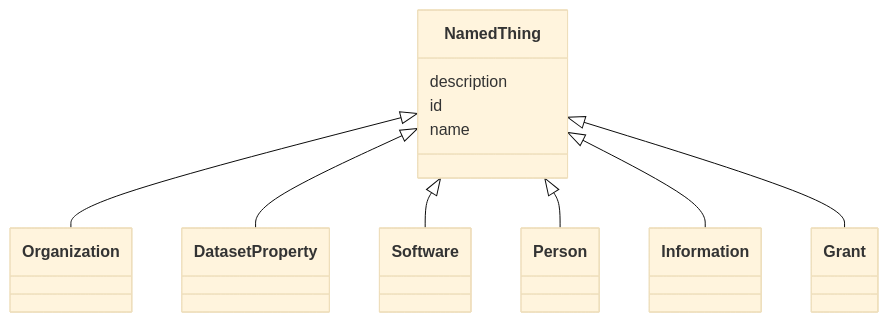
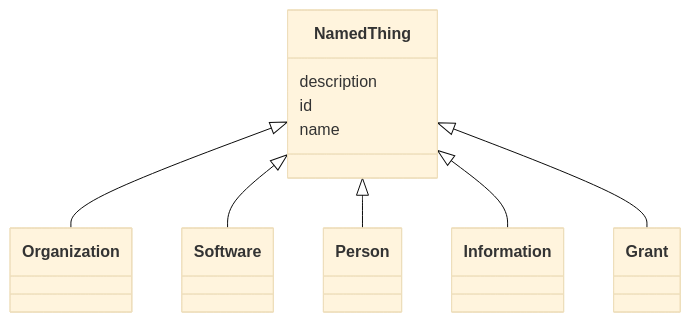
The diagram in docs/NamedThing.md (bridge2ai/data-sheets-schema), drawn with Mermaid (base theme) before and after one commit. The commit also changed other lines of this file and 682 other files, not shown here.

````diff
--- a/docs/NamedThing.md
+++ b/docs/NamedThing.md
@@ -18,25 +18,23 @@
 ```mermaid
  classDiagram
     class NamedThing
     click NamedThing href "../NamedThing/"
       NamedThing <|-- Organization
         click Organization href "../Organization/"
-      NamedThing <|-- DatasetProperty
-        click DatasetProperty href "../DatasetProperty/"
       NamedThing <|-- Software
         click Software href "../Software/"
       NamedThing <|-- Person
         click Person href "../Person/"
       NamedThing <|-- Information
         click Information href "../Information/"
       NamedThing <|-- Grant
         click Grant href "../Grant/"
       
       NamedThing : description
         
       NamedThing : id
         
       NamedThing : name
         
       
 ```
````
